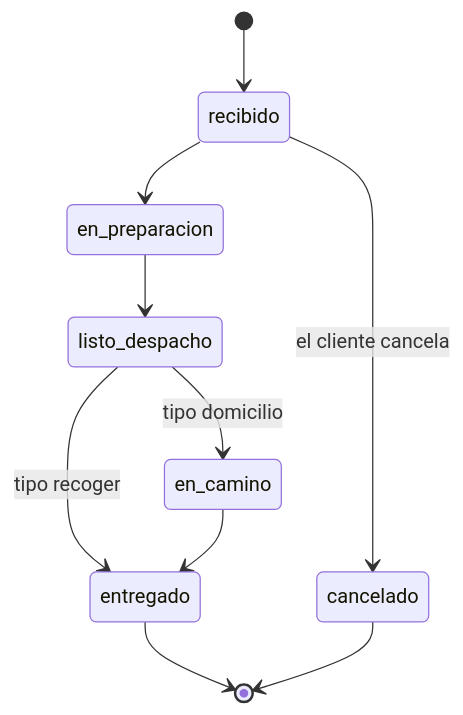
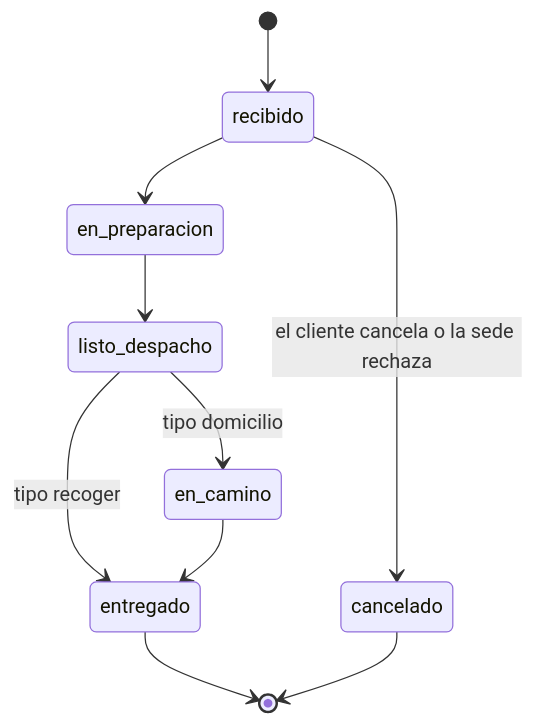
The second of 2 diagrams in docs/api/DOCUMENTACION_BACKEND.md (juanjose-atuesta/DomiPedidosX), drawn with Mermaid before and after one commit. The commit also changed other lines of this file and 47 other files, not shown here.

````diff
--- a/docs/api/DOCUMENTACION_BACKEND.md
+++ b/docs/api/DOCUMENTACION_BACKEND.md
@@ -533,12 +549,12 @@
 ```mermaid
 stateDiagram-v2
     [*] --> recibido
     recibido --> en_preparacion
     en_preparacion --> listo_despacho
     listo_despacho --> entregado: tipo recoger
     listo_despacho --> en_camino: tipo domicilio
     en_camino --> entregado
-    recibido --> cancelado: el cliente cancela
+    recibido --> cancelado: el cliente cancela o la sede rechaza
     entregado --> [*]
     cancelado --> [*]
 ```
````
